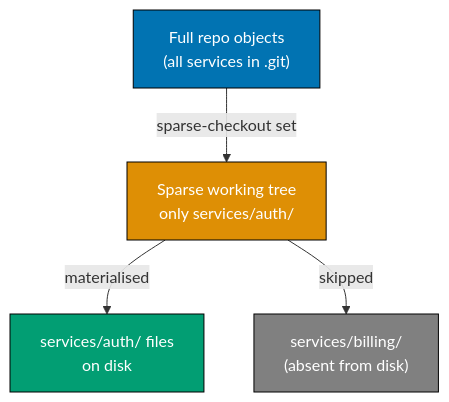
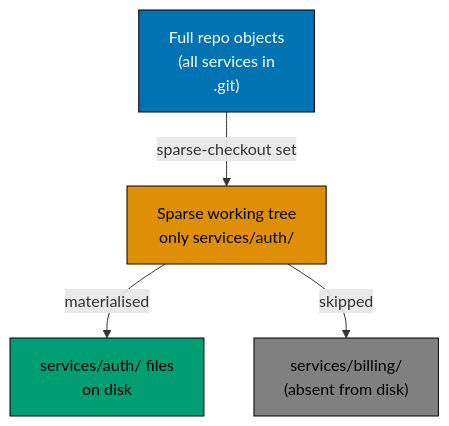
One commit to wahidyankf/ose-public changed the ninth of 14 diagrams in apps/ayokoding-www/content/en/learn/legacy/software-engineering/automation-tools/git/by-example/advanced.md. Above: the diagram before and after it, drawn with Mermaid. The commit also changed other lines of this file and 131 other files, not shown here.

First line of the commit message:
fix(mermaid): bring the legacy data, infrastructure, and testing diagrams onto the accessible palette

````diff
--- a/apps/ayokoding-www/content/en/learn/legacy/software-engineering/automation-tools/git/by-example/advanced.md
+++ b/apps/ayokoding-www/content/en/learn/legacy/software-engineering/automation-tools/git/by-example/advanced.md
@@ -923,17 +962,24 @@
 ```mermaid
 %% Color Palette: Blue #0173B2, Orange #DE8F05, Teal #029E73, Purple #CC78BC, Brown #CA9161
 graph TD
-    R["Full repo objects<br/>(all services in .git)"]
+    accTitle: Example 73: Git Sparse-Checkout — Check Out Only a Subdirectory
+    accDescr: Graph with 4 nodes and 3 connections. Nodes: Full repo objects (all services in .git), Sparse working tree only services/auth/, services/auth/ files on disk, services/billing/ (absent from disk). Connections: Full repo objects (all services in .git) to Sparse working tree only services/auth/ (sparse-checkout set), Sparse working tree only services/auth/ to services/auth/ files on disk (materialised), Sparse working tree only services/auth/ to services/billing/ (absent from disk) (skipped).
+    R["Full repo objects<br/>(all services in<br/>.git)"]
     S["Sparse working tree<br/>only services/auth/"]
     H["services/auth/ files<br/>on disk"]
     M["services/billing/<br/>(absent from disk)"]
 
     R -->|sparse-checkout set| S
     S -->|materialised| H
     S -->|skipped| M
 
-    style R fill:#0173B2,stroke:#000,color:#fff
-    style S fill:#DE8F05,stroke:#000,color:#fff
-    style H fill:#029E73,stroke:#000,color:#fff
-    style M fill:#808080,stroke:#000,color:#fff
+    classDef pal-0173B2 fill:#0173B2,stroke:#000000,color:#FFFFFF
+    class R pal-0173B2
+    classDef pal-DE8F05 fill:#DE8F05,stroke:#000000,color:#000000
+    class S pal-DE8F05
+    classDef pal-029E73 fill:#029E73,stroke:#000000,color:#000000
+    class H pal-029E73
+    classDef pal-808080 fill:#808080,stroke:#000000,color:#000000
+    class M pal-808080
+    classDef default fill:#FFFFFF,stroke:#000000,color:#000000
 ```
````
